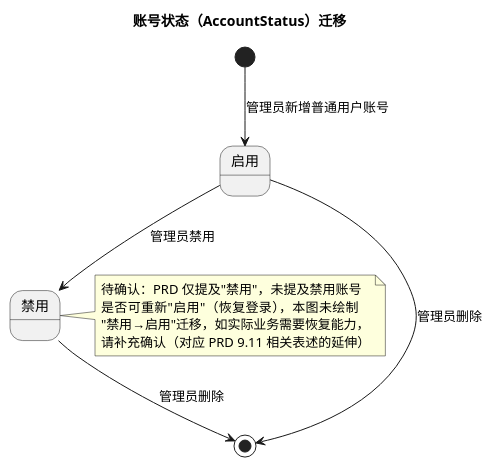
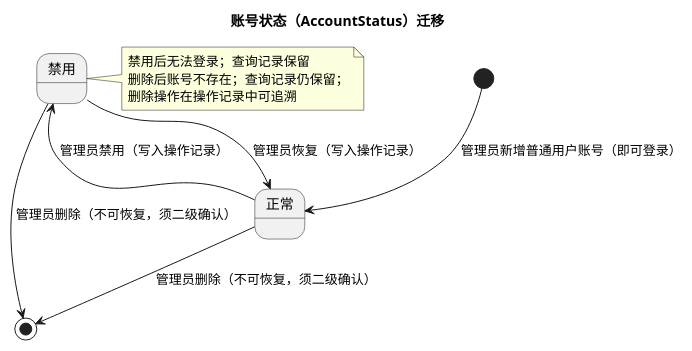
Before and after one commit to Wendy123wx/OMS-AI-RAG-Agent: the tenth of 10 diagrams in docs/prd/02-领域模型.md, drawn with PlantUML. The commit also changed other lines of this file, not shown here.

````diff
--- a/docs/prd/02-领域模型.md
+++ b/docs/prd/02-领域模型.md
@@ -587,18 +905,18 @@
 ```plantuml
 @startuml StateAccountStatus
 title 账号状态（AccountStatus）迁移
 
-[*] --> 启用 : 管理员新增普通用户账号
-启用 --> 禁用 : 管理员禁用
-启用 --> [*] : 管理员删除
-禁用 --> [*] : 管理员删除
+[*] --> 正常 : 管理员新增普通用户账号（即可登录）
+正常 --> 禁用 : 管理员禁用（写入操作记录）
+禁用 --> 正常 : 管理员恢复（写入操作记录）
+正常 --> [*] : 管理员删除（不可恢复，须二级确认）
+禁用 --> [*] : 管理员删除（不可恢复，须二级确认）
 
 note right of 禁用
-  待确认：PRD 仅提及"禁用"，未提及禁用账号
-  是否可重新"启用"（恢复登录），本图未绘制
-  "禁用→启用"迁移，如实际业务需要恢复能力，
-  请补充确认（对应 PRD 9.11 相关表述的延伸）
+  禁用后无法登录；查询记录保留
+  删除后账号不存在；查询记录仍保留；
+  删除操作在操作记录中可追溯
 end note
 
 @enduml
 ```
````
